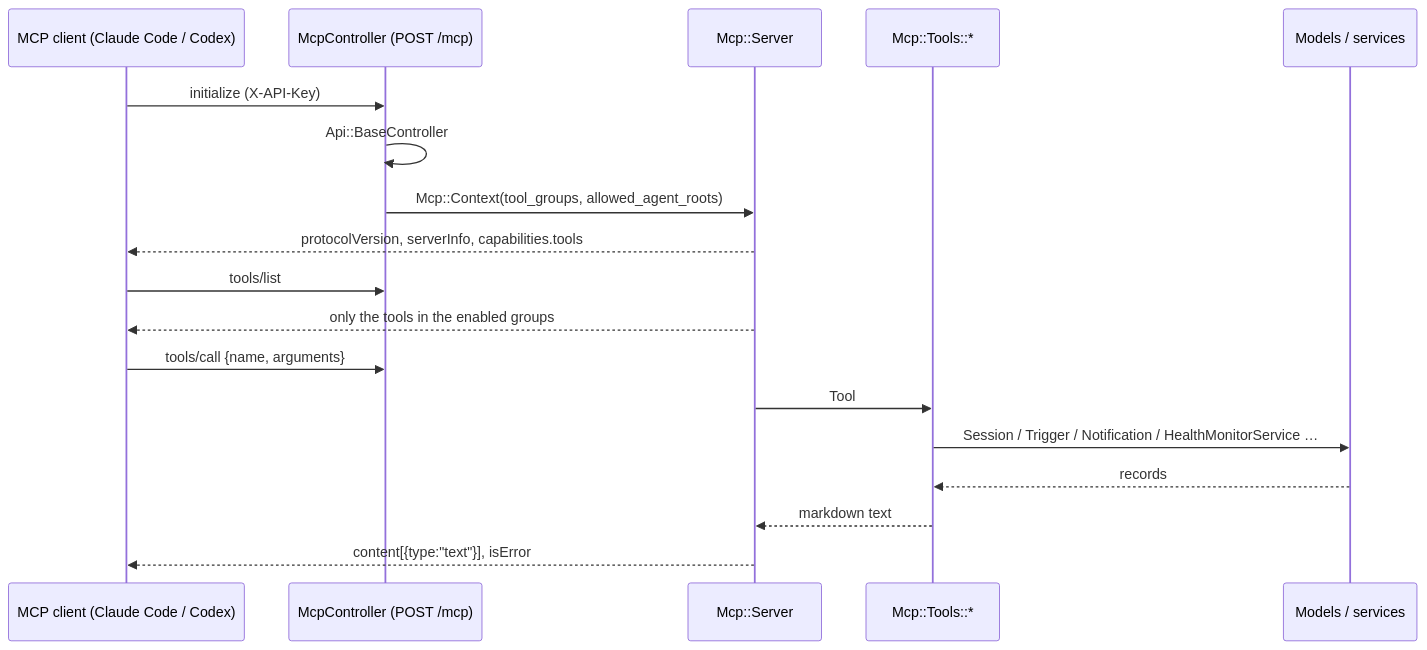
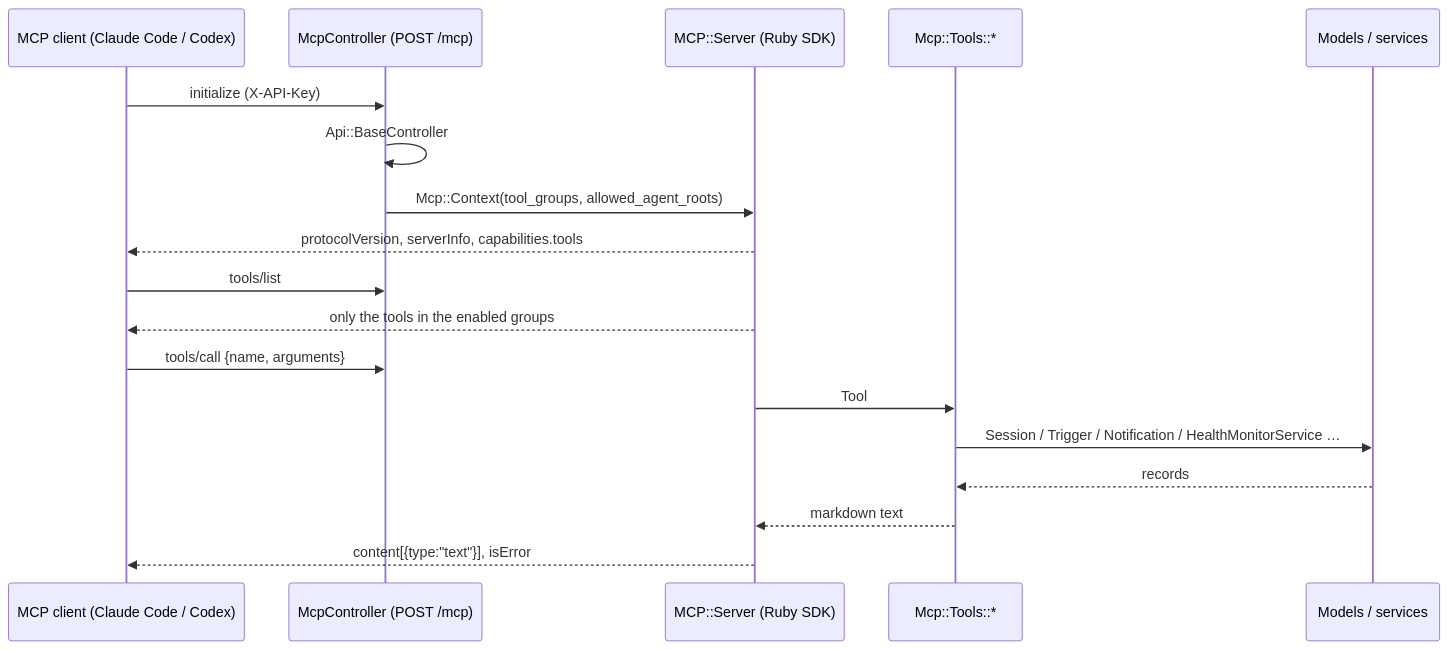
One commit to tadasant/zimmer changed the diagram in docs/src/content/docs/extend/mcp-server.md. Above: the diagram before and after it, drawn with Mermaid. The commit also changed other lines of this file and 14 other files, not shown here.

````diff
--- a/docs/src/content/docs/extend/mcp-server.md
+++ b/docs/src/content/docs/extend/mcp-server.md
@@ -156,21 +165,21 @@
 ```mermaid
 sequenceDiagram
     participant C as MCP client (Claude Code / Codex)
     participant R as McpController (POST /mcp)
-    participant S as Mcp::Server
+    participant S as MCP::Server (Ruby SDK)
     participant T as Mcp::Tools::*
     participant M as Models / services
 
     C->>R: initialize (X-API-Key)
     R->>R: Api::BaseController#authenticate_api_key
     R->>S: Mcp::Context(tool_groups, allowed_agent_roots)
     S-->>C: protocolVersion, serverInfo, capabilities.tools
     C->>R: tools/list
     S-->>C: only the tools in the enabled groups
     C->>R: tools/call {name, arguments}
     S->>T: Tool#call(args)
     T->>M: Session / Trigger / Notification / HealthMonitorService …
     M-->>T: records
     T-->>S: markdown text
     S-->>C: content[{type:"text"}], isError
 ```
````
